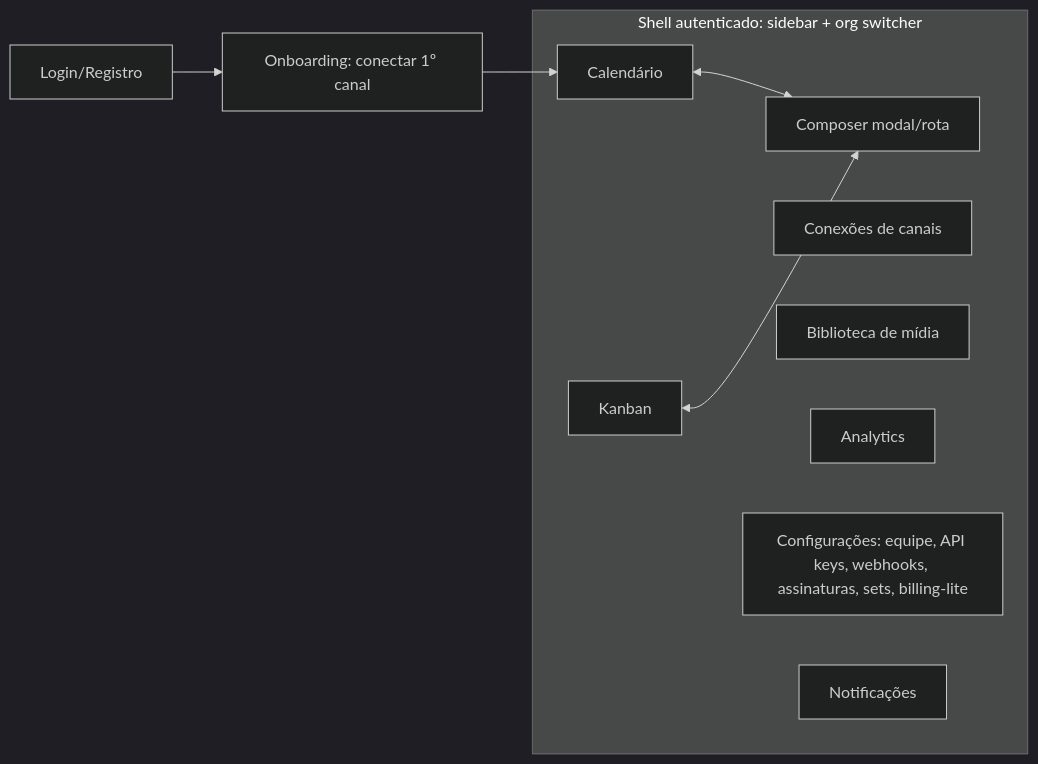
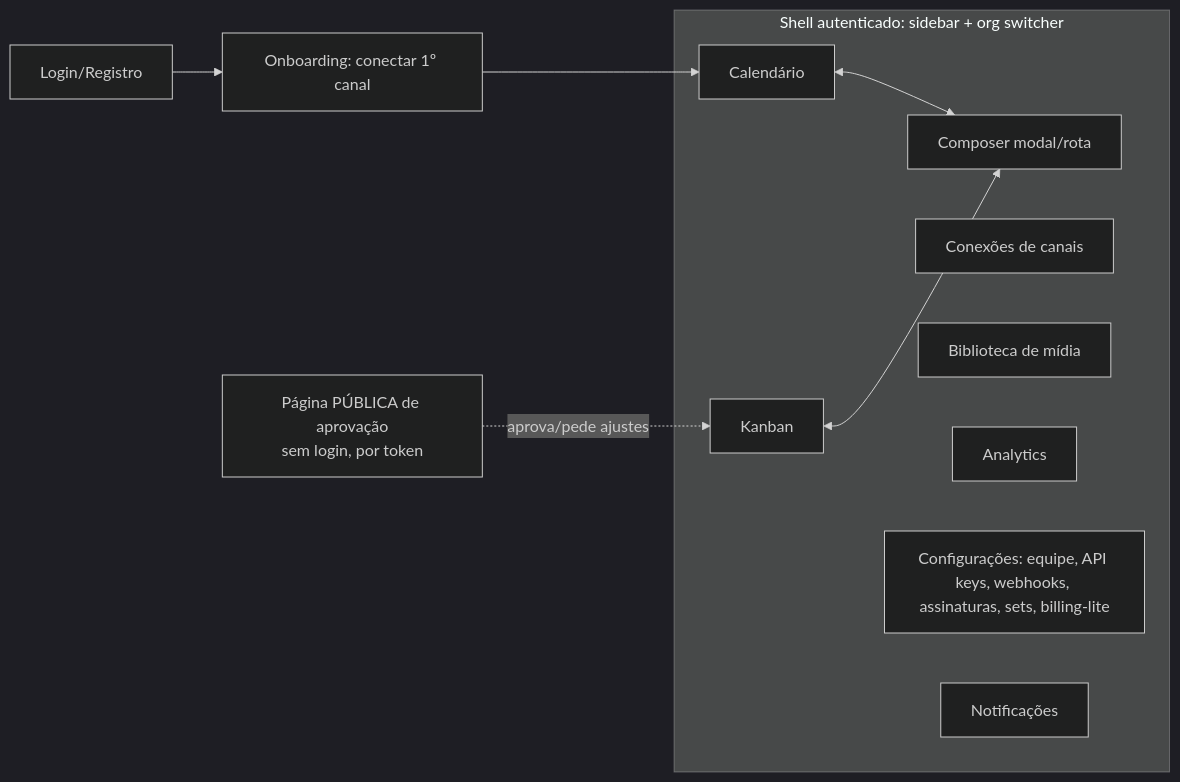
Before and after one commit to manypost/manypost-app: the diagram in docs/specs/SPEC_FRONTEND.md, drawn with Mermaid (dark theme). The commit also changed other lines of this file and 37 other files, not shown here.

````diff
--- a/docs/specs/SPEC_FRONTEND.md
+++ b/docs/specs/SPEC_FRONTEND.md
@@ -16,17 +18,18 @@
 ```mermaid
 flowchart LR
     L[Login/Registro] --> ONB[Onboarding: conectar 1º canal]
     ONB --> CAL
     subgraph shell [Shell autenticado: sidebar + org switcher]
         CAL[Calendário]
         KAN[Kanban]
         COMP[Composer modal/rota]
         CHN[Conexões de canais]
         MED[Biblioteca de mídia]
         ANA[Analytics]
         SET[Configurações: equipe, API keys, webhooks, assinaturas, sets, billing-lite]
         NOT[Notificações]
     end
     CAL <--> COMP
     KAN <--> COMP
+    APR[Página PÚBLICA de aprovação<br/>sem login, por token] -.aprova/pede ajustes.-> KAN
 ```
````
